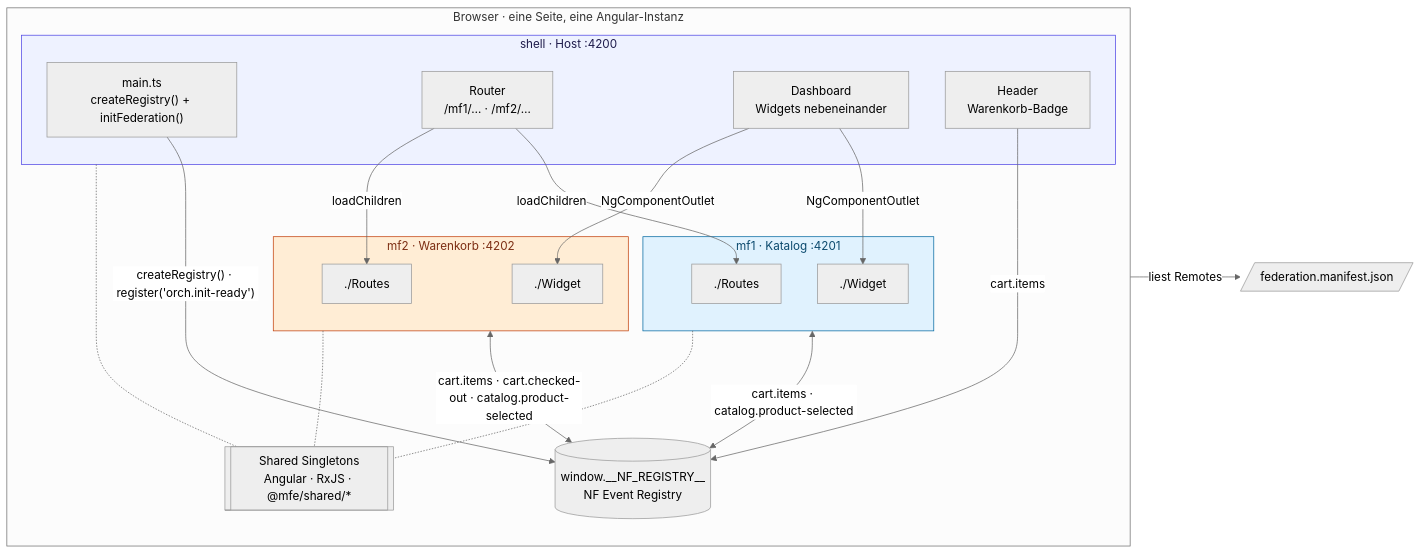
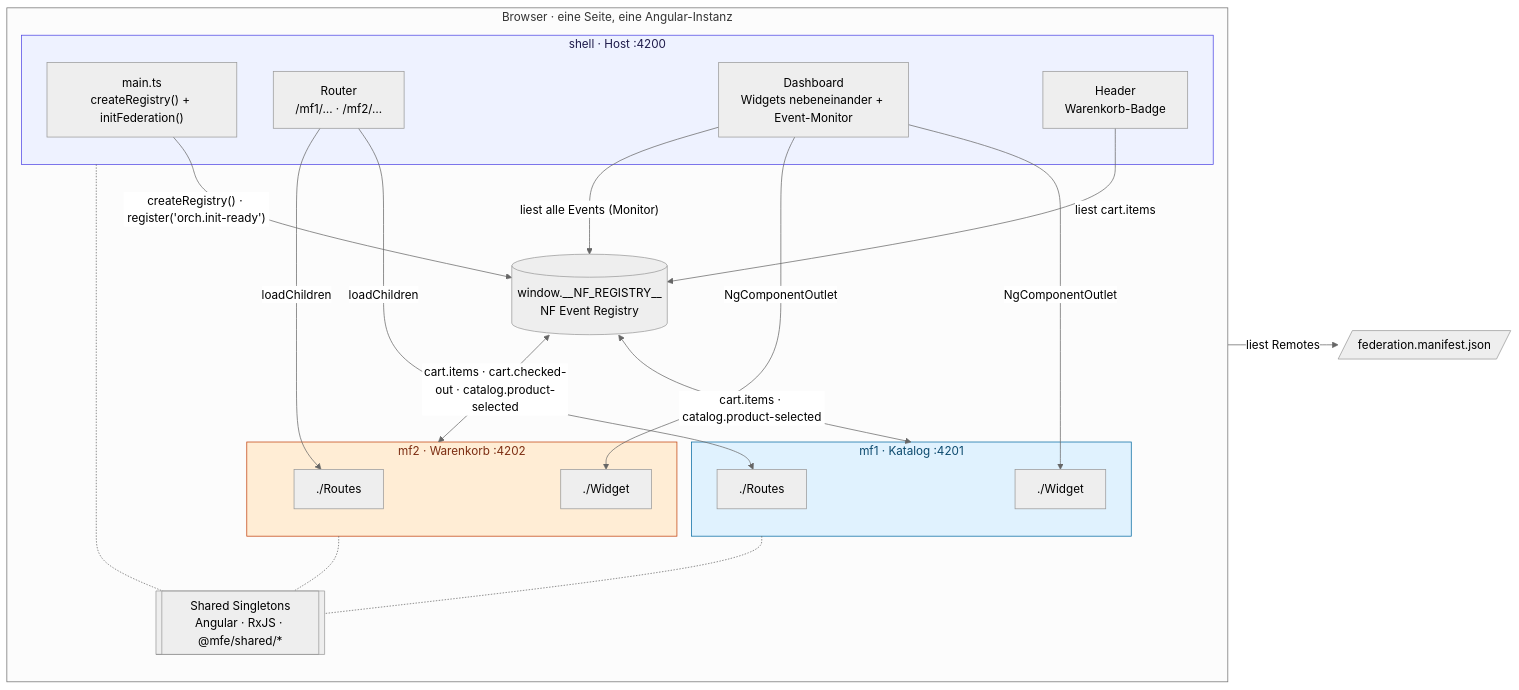
One commit to jannikbuscha/mfe changed the first of 6 diagrams in README.md. Above: the diagram before and after it, drawn with Mermaid (neutral theme). The commit also changed other lines of this file and 4 other files, not shown here.

First line of the commit message:
Refine diagrams and the GitHub Pages pipeline after review

````diff
--- a/README.md
+++ b/README.md
@@ -22,48 +22,49 @@
 ```mermaid
 flowchart LR
   manifest[/"federation.manifest.json"/]
 
   subgraph page["Browser · eine Seite, eine Angular-Instanz"]
     direction TB
     registry[("window.__NF_REGISTRY__<br/>NF Event Registry")]
 
     subgraph shell["shell · Host :4200"]
       main["main.ts<br/>createRegistry() + initFederation()"]
       router["Router<br/>/mf1/… · /mf2/…"]
-      dashboard["Dashboard<br/>Widgets nebeneinander"]
+      dashboard["Dashboard<br/>Widgets nebeneinander + Event-Monitor"]
       header["Header<br/>Warenkorb-Badge"]
     end
 
     subgraph mf1["mf1 · Katalog :4201"]
       mf1routes["./Routes"]
       mf1widget["./Widget"]
     end
 
     subgraph mf2["mf2 · Warenkorb :4202"]
       mf2routes["./Routes"]
       mf2widget["./Widget"]
     end
 
     shared[["Shared Singletons<br/>Angular · RxJS · @mfe/shared/*"]]
   end
 
   main -->|"liest Remotes"| manifest
   main -->|"createRegistry() · register('orch.init-ready')"| registry
   router -->|"loadChildren"| mf1routes
   router -->|"loadChildren"| mf2routes
   dashboard -->|"NgComponentOutlet"| mf1widget
   dashboard -->|"NgComponentOutlet"| mf2widget
-  mf1 <-->|"cart.items · catalog.product-selected"| registry
-  mf2 <-->|"cart.items · cart.checked-out · catalog.product-selected"| registry
-  header -->|"cart.items"| registry
+  registry <-->|"cart.items · catalog.product-selected"| mf1
+  registry <-->|"cart.items · cart.checked-out · catalog.product-selected"| mf2
+  header -->|"liest cart.items"| registry
+  dashboard -->|"liest alle Events (Monitor)"| registry
   shell -.- shared
   mf1 -.- shared
   mf2 -.- shared
 
   classDef shellStyle fill:#eef2ff,stroke:#4f46e5,color:#1e1b4b
   classDef mf1Style fill:#e0f2fe,stroke:#0369a1,color:#0c4a6e
   classDef mf2Style fill:#ffedd5,stroke:#c2410c,color:#7c2d12
   class shell shellStyle
   class mf1 mf1Style
   class mf2 mf2Style
 ```
````
